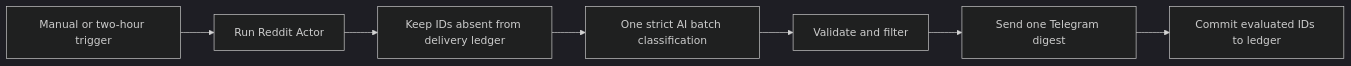
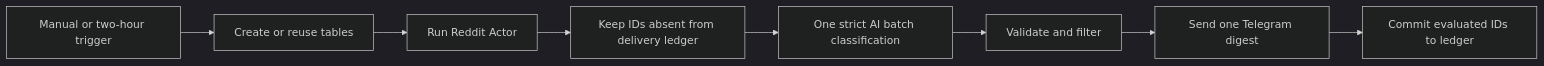
One commit to annamiy/fetchcat-n8n-workflows changed the diagram in workflows/reddit-buying-intent-alerts/README.md. Above: the diagram before and after it, drawn with Mermaid (dark theme). The commit also changed other lines of this file and 30 other files, not shown here.

````diff
--- a/workflows/reddit-buying-intent-alerts/README.md
+++ b/workflows/reddit-buying-intent-alerts/README.md
@@ -30,9 +30,10 @@
 ```mermaid
 flowchart LR
-  T[Manual or two-hour trigger] --> A[Run Reddit Actor]
+  T[Manual or two-hour trigger] --> I[Create or reuse tables]
+  I --> A[Run Reddit Actor]
   A --> D[Keep IDs absent from delivery ledger]
   D --> O[One strict AI batch classification]
   O --> F[Validate and filter]
   F --> G[Send one Telegram digest]
   G --> L[Commit evaluated IDs to ledger]
 ```
````
